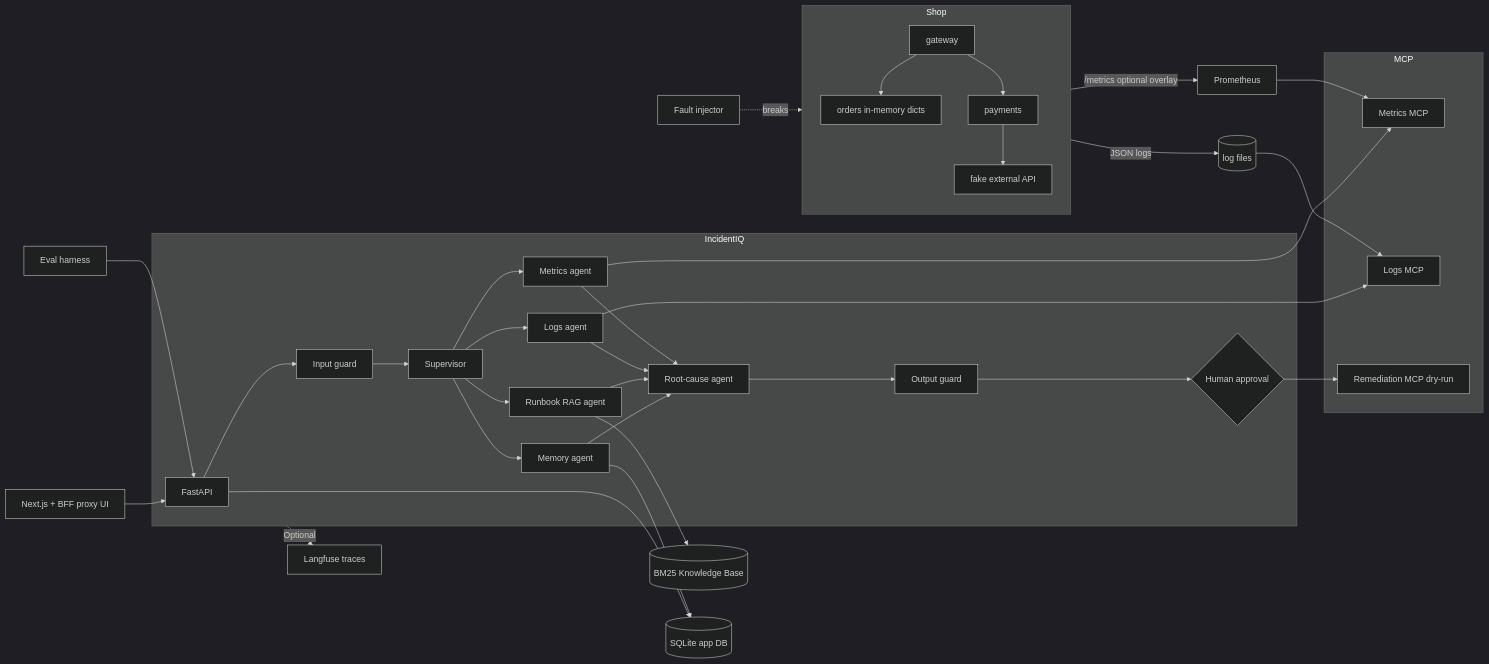
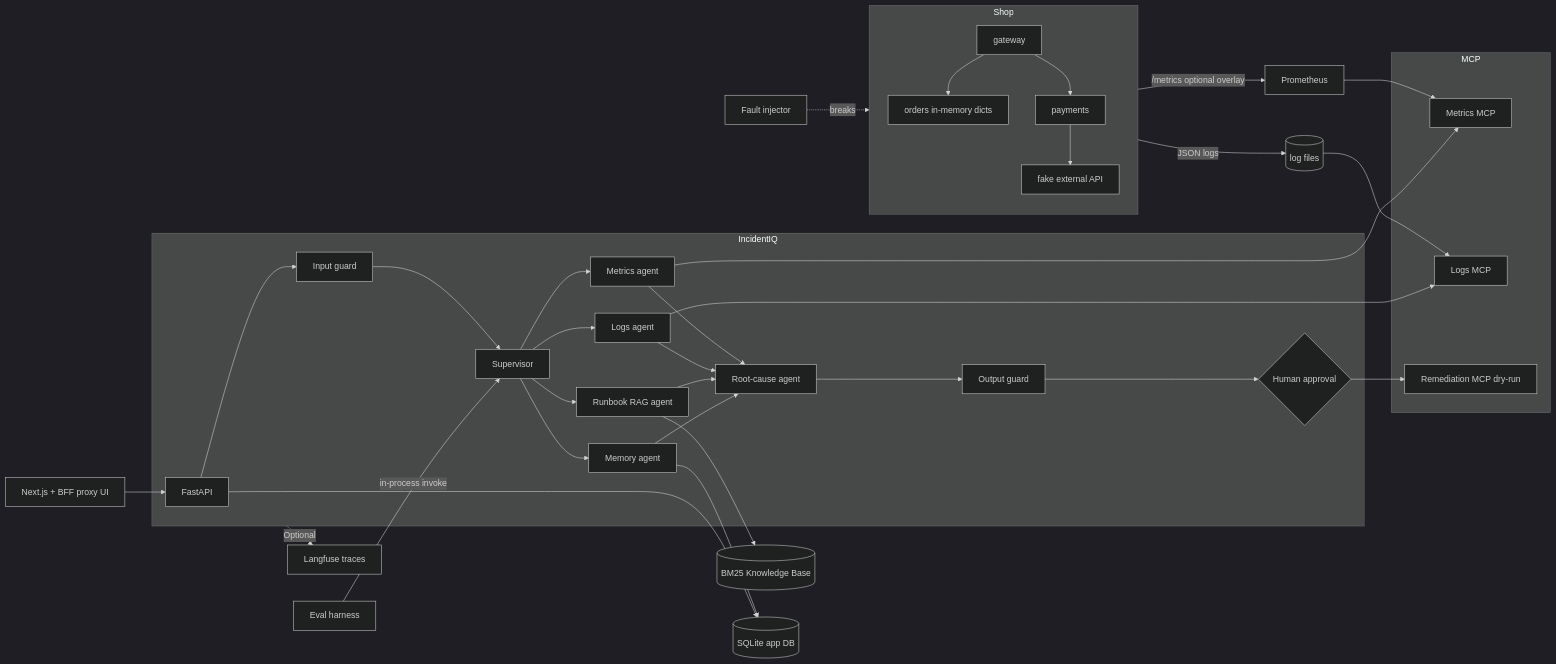
The first of 2 diagrams in docs/02_ARCHITECTURE.md (MayankV004/incidentiq), drawn with Mermaid (dark theme) before and after one commit. The commit also changed other lines of this file and 18 other files, not shown here.

````diff
--- a/docs/02_ARCHITECTURE.md
+++ b/docs/02_ARCHITECTURE.md
@@ -14,43 +14,43 @@
 ```mermaid
 flowchart LR
   subgraph Shop
     GW[gateway] --> ORD[orders in-memory dicts]
     GW --> PAY[payments]
     PAY --> EXT[fake external API]
   end
   Shop -->|/metrics optional overlay| PROM[Prometheus]
   Shop -->|JSON logs| LOGS[(log files)]
   FI[Fault injector] -.breaks.-> Shop
 
   subgraph MCP
     MM[Metrics MCP]
     LM[Logs MCP]
     RM[Remediation MCP dry-run]
   end
   PROM --> MM
   LOGS --> LM
 
   subgraph IncidentIQ
     API[FastAPI] --> IG[Input guard]
     IG --> SUP[Supervisor]
     SUP --> MA[Metrics agent]
     SUP --> LA[Logs agent]
     SUP --> RA[Runbook RAG agent]
     SUP --> MEM[Memory agent]
     MA --> RCA[Root-cause agent]
     LA --> RCA
     RA --> RCA
     MEM --> RCA
     RCA --> OG[Output guard]
     OG --> HA{Human approval}
   end
   MA --> MM
   LA --> LM
   HA --> RM
   RA --> KB[(BM25 Knowledge Base)]
   MEM --> DB[(SQLite app DB)]
   API --> DB
   IncidentIQ -.->|Optional| LF[Langfuse traces]
-  EV[Eval harness] --> API
+  EV[Eval harness] -->|in-process invoke| SUP
   UI[Next.js + BFF proxy UI] --> API
 ```
````
